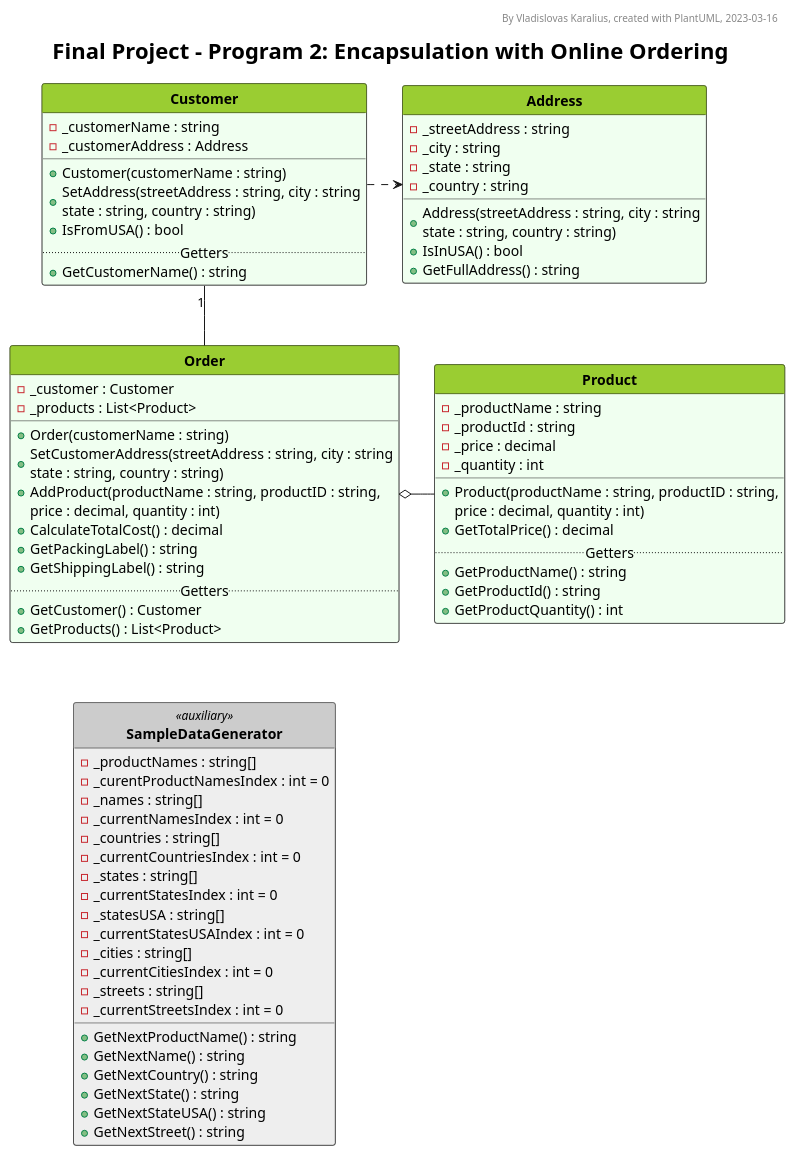
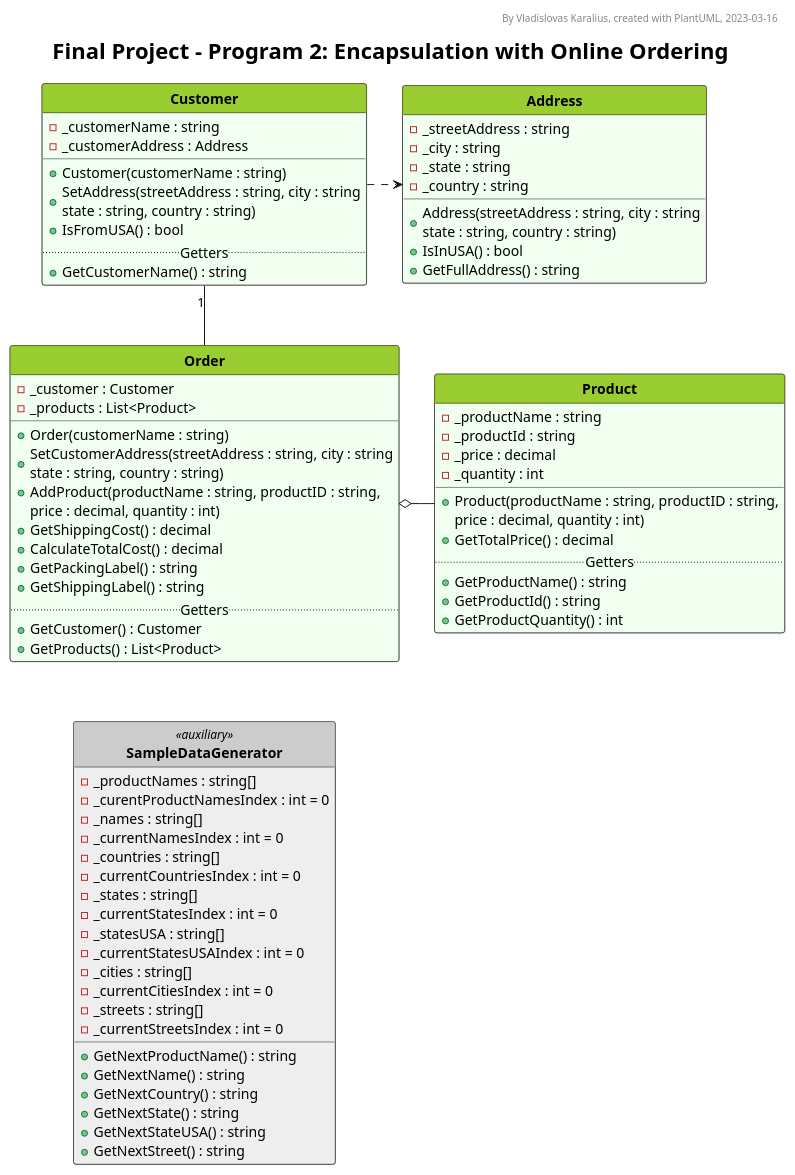
The diagram in final/Foundation2/UML_diagram.pu (VladKaralius/cse210-projects), drawn with PlantUML before and after one commit. The commit also changed 2 other files, not shown here.

Commit message:
Improved total cost display

```diff
--- a/final/Foundation2/UML_diagram.pu
+++ b/final/Foundation2/UML_diagram.pu
@@ -1,169 +1,170 @@
 @startuml UML_diagram
 
 '--Formatting options--
 hide circle
 hide empty members
 'skinparam classAttributeIconSize 0
 skinparam style strictuml
 'skinparam groupInheritance 2
 'skinparam linetype ortho
 'skinparam Nodesep 15
 'skinparam Ranksep 25
 'left to right direction
 
 '--Styling--
 'skinparam BackgroundColor White/LightGreen
 skinparam TitleFontSize 22
 
 <style>
 classDiagram {
   class {
     '-attributes and methods-
     'FontSize 14
     'FontColor black
     'BackgroundColor #fefece
     BackgroundColor #f0fff0
     'RoundCorner 0
     '-class name-
     header {
       'FontSize 12
       'FontColor Black
       FontStyle bold
       BackgroundColor YellowGreen
     }
     
     ' Alternative class style 1
     .style1 {
       BackgroundColor Bisque
       header {
         BackgroundColor Orange
       }
     }
 
     ' Alternative class style 2
     .auxiliary {
       BackgroundColor #eeeeee
       header {
         BackgroundColor #cccccc
       }
     }
   }
   note {
     BackgroundColor Yellow
   }
   legend {
     FontSize 18
   }
 </style>
 
 '--Header, title, caption--
 header By Vladislovas Karalius, created with PlantUML, 2023-03-16
 title Final Project - Program 2: Encapsulation with Online Ordering
 'caption <:warning:>Constructors without parameters are not shown in this diagram
 
 ' Dummy class that explains visibility symbols
 ' class Markers #dddddd {
 ' Attributes
 ' ..
 ' - private
 ' # protected
 ' + public
 ' {static} static
 ' --
 ' Methods
 ' ..
 ' - private()
 ' # protected()
 ' + public()
 ' {static} static()
 ' }
 
 '--Main--
 class Order {
   - _customer : Customer
   - _products : List<Product> 
   __
   + Order(customerName : string)
   + SetCustomerAddress(streetAddress : string, city : string\nstate : string, country : string)
   + AddProduct(productName : string, productID : string,
     price : decimal, quantity : int)
+  + GetShippingCost() : decimal
   + CalculateTotalCost() : decimal
   + GetPackingLabel() : string
   + GetShippingLabel() : string
   ..Getters..
   + GetCustomer() : Customer
   + GetProducts() : List<Product>
 }
 
 class Product {
   - _productName : string
   - _productId : string
   - _price : decimal
   - _quantity : int
   __
   + Product(productName : string, productID : string,
     price : decimal, quantity : int)
   + GetTotalPrice() : decimal
   ..Getters..
   + GetProductName() : string
   + GetProductId() : string
   + GetProductQuantity() : int
 }
 
 class Customer {
 - _customerName : string
 - _customerAddress : Address
 __
 + Customer(customerName : string)
 + SetAddress(streetAddress : string, city : string\nstate : string, country : string)
 + IsFromUSA() : bool
 ..Getters..
 + GetCustomerName() : string
 }
 
 class Address {
   - _streetAddress : string
   - _city : string
   - _state : string
   - _country : string
   + Address(streetAddress : string, city : string\nstate : string, country : string)
   + IsInUSA() : bool
   + GetFullAddress() : string
 }
 
 class SampleDataGenerator <<auxiliary>> {
   - _productNames : string[]
   - _curentProductNamesIndex : int = 0
   - _names : string[]
   - _currentNamesIndex : int = 0
   - _countries : string[]
   - _currentCountriesIndex : int = 0
   - _states : string[]
   - _currentStatesIndex : int = 0
   - _statesUSA : string[]
   - _currentStatesUSAIndex : int = 0
   - _cities : string[]
   - _currentCitiesIndex : int = 0
   - _streets : string[]
   - _currentStreetsIndex : int = 0
   + GetNextProductName() : string
   + GetNextName() : string
   + GetNextCountry() : string
   + GetNextState() : string
   + GetNextStateUSA() : string
   + GetNextStreet() : string
 }
 
 Order o- Product
 Customer "1" -- Order
 Customer .> Address
 Order .[hidden]. SampleDataGenerator
 
 '--Description--
 ' legend bottom
 ' <size:22>__**Core Requirements**__
 ' The program has one base class **Activity**. This class contains the attributes and methods
 ' that are common to all activities. Certain functions are put into separate classes as follows:
 ' endlegend
 
 @enduml
```
